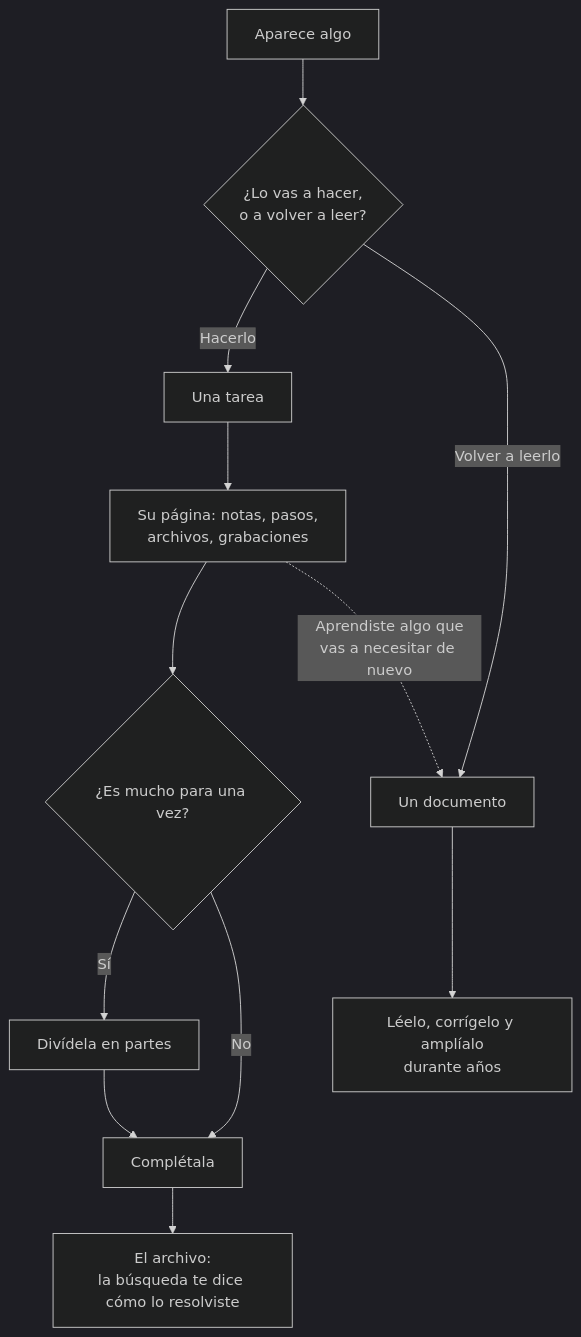
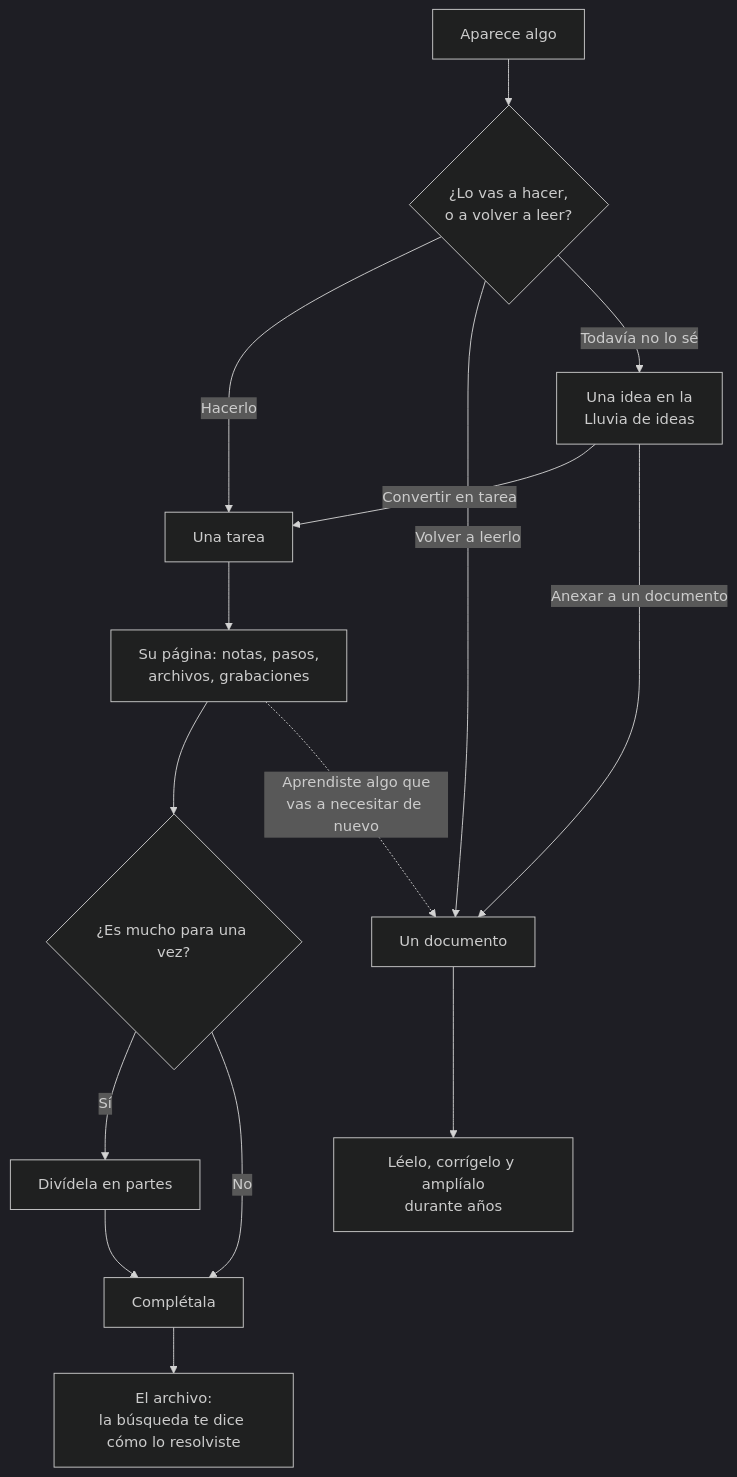
One commit to rgdevment/Tisty changed the diagram in docs/help/Documentos.md. Above: the diagram before and after it, drawn with Mermaid (dark theme). The commit also changed 9 other files, not shown here.

Commit message:
docs: help and readmes say what the agent does with ideas, and their diagrams show Brainstorm

````diff
--- a/docs/help/Documentos.md
+++ b/docs/help/Documentos.md
@@ -23,14 +23,17 @@
 ```mermaid
 flowchart TD
   A[Aparece algo] --> B{¿Lo vas a hacer,<br/>o a volver a leer?}
   B -->|Hacerlo| T[Una tarea]
   B -->|Volver a leerlo| D[Un documento]
+  B -->|Todavía no lo sé| I[Una idea en la<br/>Lluvia de ideas]
+  I -->|Convertir en tarea| T
+  I -->|Anexar a un documento| D
   T --> P[Su página: notas, pasos,<br/>archivos, grabaciones]
   P --> S{¿Es mucho para una vez?}
   S -->|Sí| K[Divídela en partes]
   K --> C
   S -->|No| C[Complétala]
   C --> R[El archivo:<br/>la búsqueda te dice cómo lo resolviste]
   P -.->|Aprendiste algo que<br/>vas a necesitar de nuevo| D
   D --> G[Léelo, corrígelo y amplíalo<br/>durante años]
 ```
````
